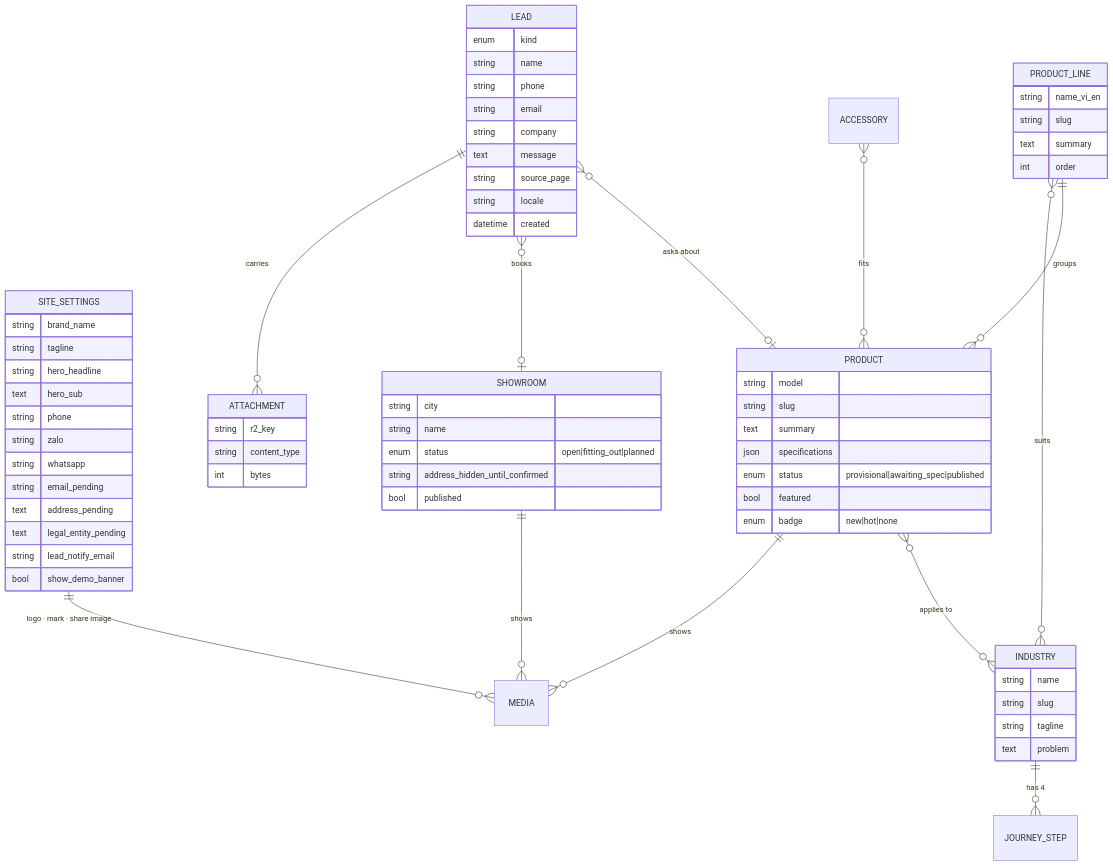
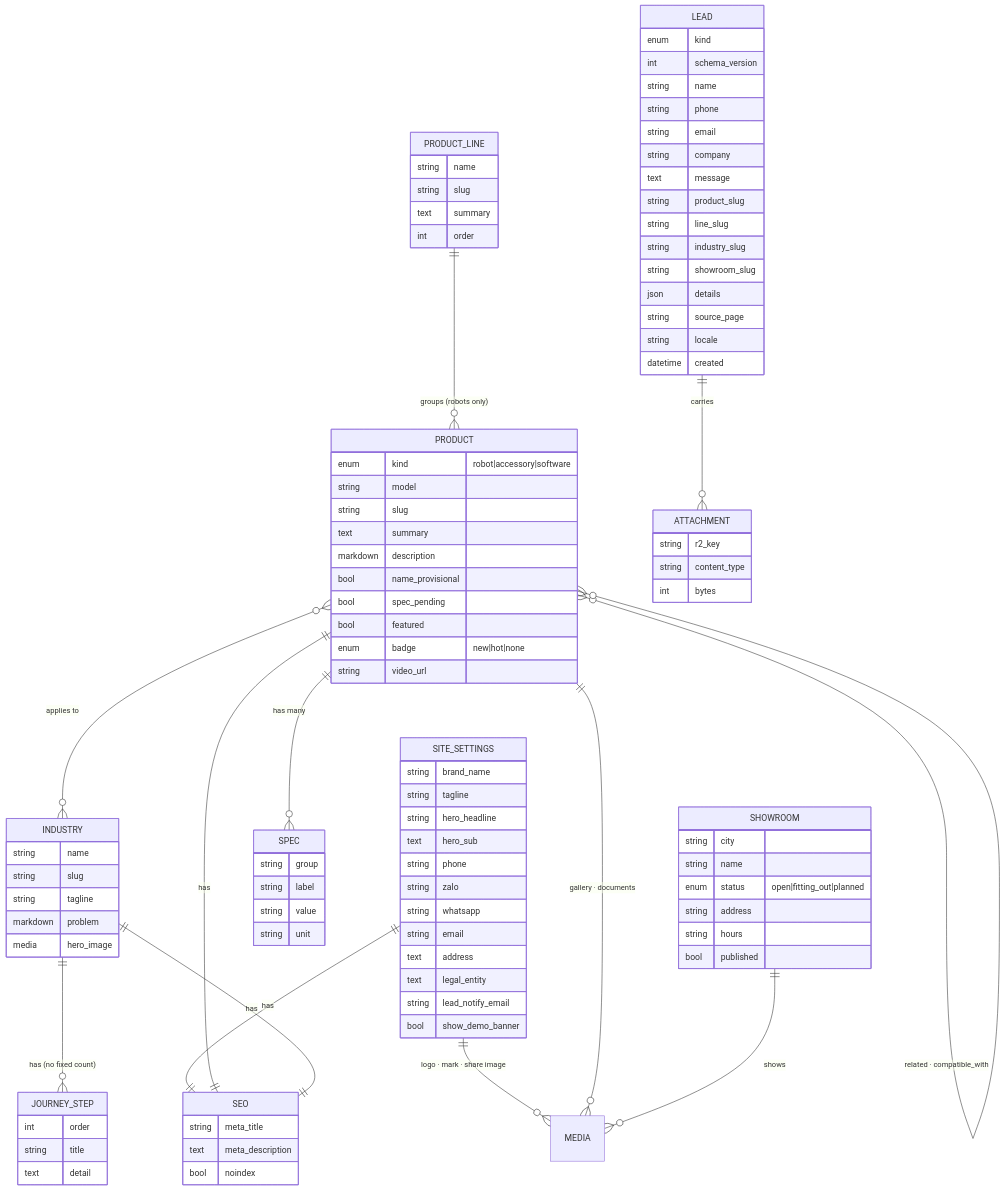
Before and after one commit to ancJ29/v-robotic: the seventh of 8 diagrams in docs/architecture.md, drawn with Mermaid. The commit also changed other lines of this file and 1 other file, not shown here.

First line of the commit message:
docs: correct the plan and architecture against two reviews

````diff
--- a/docs/architecture.md
+++ b/docs/architecture.md
@@ -341,15 +444,16 @@
 ```mermaid
 erDiagram
     SITE_SETTINGS ||--o{ MEDIA : "logo · mark · share image"
-    PRODUCT_LINE ||--o{ PRODUCT : groups
+    SITE_SETTINGS ||--|| SEO : has
+    PRODUCT_LINE ||--o{ PRODUCT : "groups (robots only)"
     PRODUCT }o--o{ INDUSTRY : "applies to"
-    PRODUCT ||--o{ MEDIA : shows
-    PRODUCT_LINE }o--o{ INDUSTRY : "suits"
-    ACCESSORY }o--o{ PRODUCT : "fits"
-    INDUSTRY ||--o{ JOURNEY_STEP : "has 4"
+    PRODUCT ||--o{ MEDIA : "gallery · documents"
+    PRODUCT ||--o{ SPEC : "has many"
+    PRODUCT ||--|| SEO : has
+    PRODUCT }o--o{ PRODUCT : "related · compatible_with"
+    INDUSTRY ||--o{ JOURNEY_STEP : "has (no fixed count)"
+    INDUSTRY ||--|| SEO : has
     SHOWROOM ||--o{ MEDIA : shows
-    LEAD }o--o| PRODUCT : "asks about"
-    LEAD }o--o| SHOWROOM : "books"
     LEAD ||--o{ ATTACHMENT : carries
 
     SITE_SETTINGS {
@@ -360,47 +464,74 @@
         string phone
         string zalo
         string whatsapp
-        string email_pending
-        text address_pending
-        text legal_entity_pending
+        string email
+        text address
+        text legal_entity
         string lead_notify_email
         bool show_demo_banner
     }
     PRODUCT_LINE {
-        string name_vi_en
+        string name
         string slug
         text summary
         int order
     }
     PRODUCT {
+        enum kind "robot|accessory|software"
         string model
         string slug
         text summary
-        json specifications
-        enum status "provisional|awaiting_spec|published"
+        markdown description
+        bool name_provisional
+        bool spec_pending
         bool featured
         enum badge "new|hot|none"
+        string video_url
+    }
+    SPEC {
+        string group
+        string label
+        string value
+        string unit
+    }
+    SEO {
+        string meta_title
+        text meta_description
+        bool noindex
     }
     INDUSTRY {
         string name
         string slug
         string tagline
-        text problem
+        markdown problem
+        media hero_image
+    }
+    JOURNEY_STEP {
+        int order
+        string title
+        text detail
     }
     SHOWROOM {
         string city
         string name
         enum status "open|fitting_out|planned"
-        string address_hidden_until_confirmed
+        string address
+        string hours
         bool published
     }
     LEAD {
         enum kind
+        int schema_version
         string name
         string phone
         string email
         string company
         text message
+        string product_slug
+        string line_slug
+        string industry_slug
+        string showroom_slug
+        json details
         string source_page
         string locale
         datetime created
````
